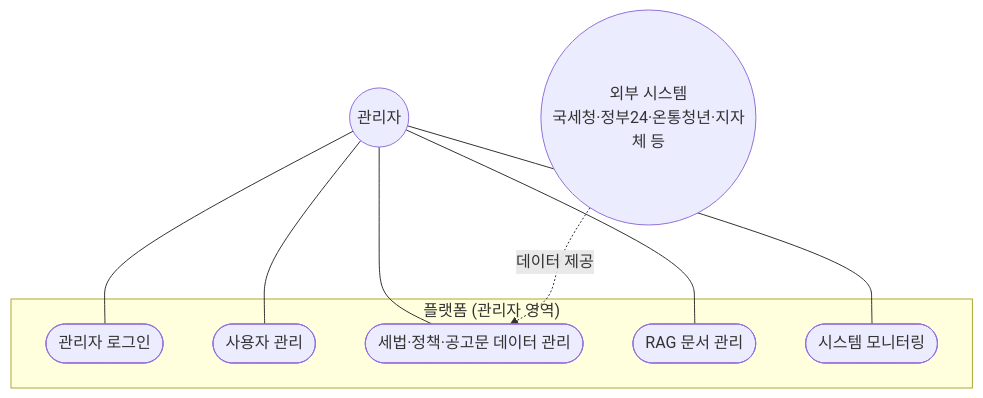
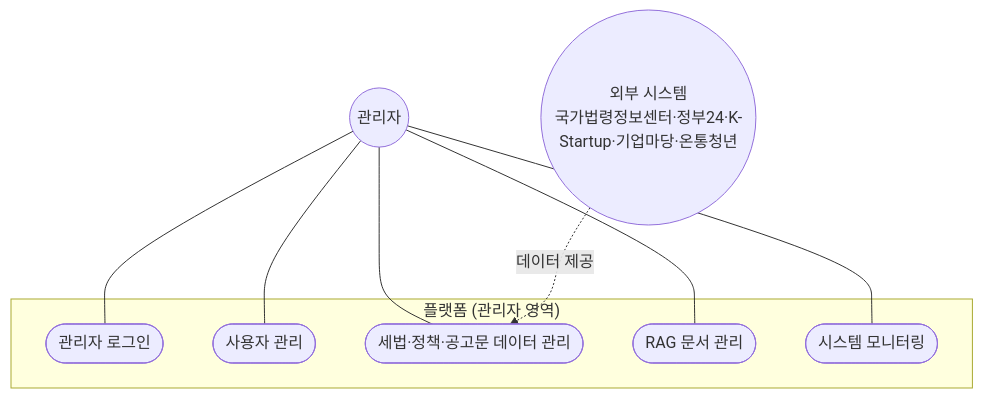
The third of 3 diagrams in Docs/Design/USECASE.md (SKNETWORKS-FAMILY-AICAMP/SKN34-3rd-3Team), drawn with Mermaid before and after one commit. The commit also changed other lines of this file and 19 other files, not shown here.

````diff
--- a/Docs/Design/USECASE.md
+++ b/Docs/Design/USECASE.md
@@ -122,20 +138,20 @@
 ```mermaid
 flowchart TD
     Admin((관리자))
-    Ext(("외부 시스템<br/>국세청·정부24·온통청년·지자체 등"))
+    Ext(("외부 시스템<br/>국가법령정보센터·정부24·K-Startup·기업마당·온통청년"))
 
     subgraph SYS2["플랫폼 (관리자 영역)"]
         UC24(["관리자 로그인"])
         UC25(["사용자 관리"])
         UC26(["세법·정책·공고문 데이터 관리"])
         UC27(["RAG 문서 관리"])
         UC28(["시스템 모니터링"])
     end
 
     Admin --- UC24
     Admin --- UC25
     Admin --- UC26
     Admin --- UC27
     Admin --- UC28
     Ext -. 데이터 제공 .-> UC26
 ```
````
